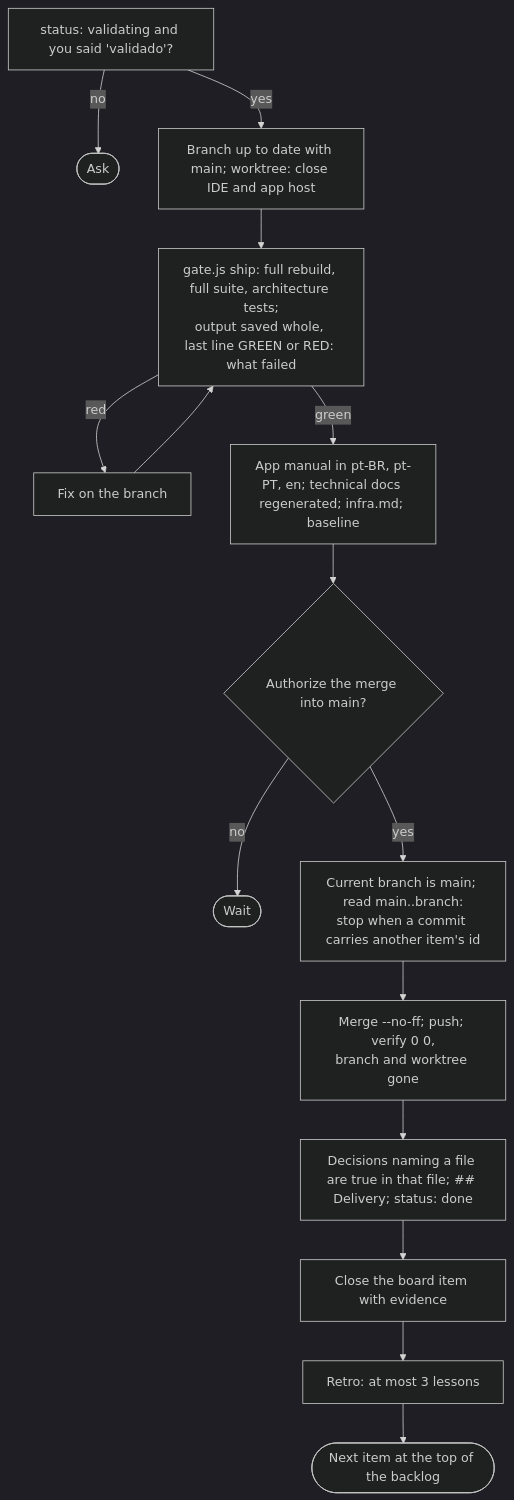
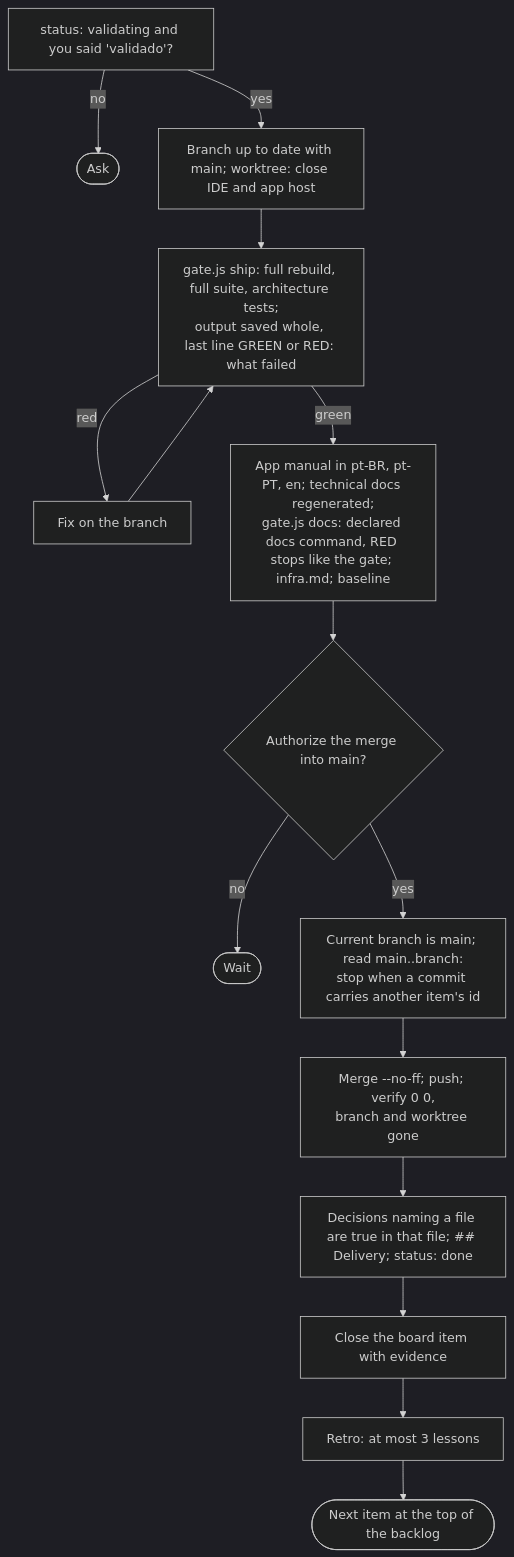
Before and after one commit to alexcanario/simulab: diagram 12 of 18 in docs/agile/workflow.md, drawn with Mermaid (dark theme). The commit also changed other lines of this file and 7 other files, not shown here.

````diff
--- a/docs/agile/workflow.md
+++ b/docs/agile/workflow.md
@@ -1321,17 +1354,17 @@
 ```mermaid
 flowchart TD
     A["status: validating and you said 'validado'?"] -->|no| A1(["Ask"])
     A -->|yes| B["Branch up to date with main; worktree: close IDE and app host"]
     B --> C["gate.js ship: full rebuild, full suite, architecture tests;<br/>output saved whole, last line GREEN or RED: what failed"]
     C -->|red| C1["Fix on the branch"]
     C1 --> C
-    C -->|green| D["App manual in pt-BR, pt-PT, en; technical docs regenerated; infra.md; baseline"]
+    C -->|green| D["App manual in pt-BR, pt-PT, en; technical docs regenerated;<br/>gate.js docs: declared docs command, RED stops like the gate; infra.md; baseline"]
     D --> E{"Authorize the merge into main?"}
     E -->|no| E1(["Wait"])
     E -->|yes| E2["Current branch is main; read main..branch:<br/>stop when a commit carries another item's id"]
     E2 --> F["Merge --no-ff; push; verify 0 0,<br/>branch and worktree gone"]
     F --> G["Decisions naming a file are true in that file; ## Delivery; status: done"]
     G --> H["Close the board item with evidence"]
     H --> I["Retro: at most 3 lessons"]
     I --> J(["Next item at the top of the backlog"])
 ```
````
